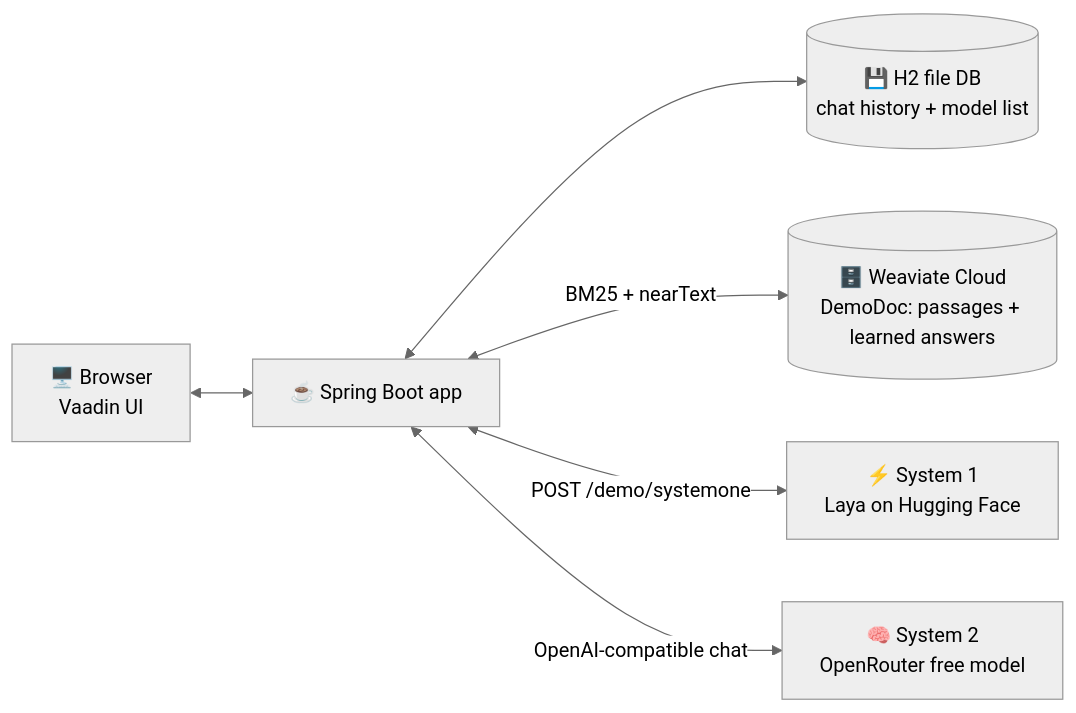
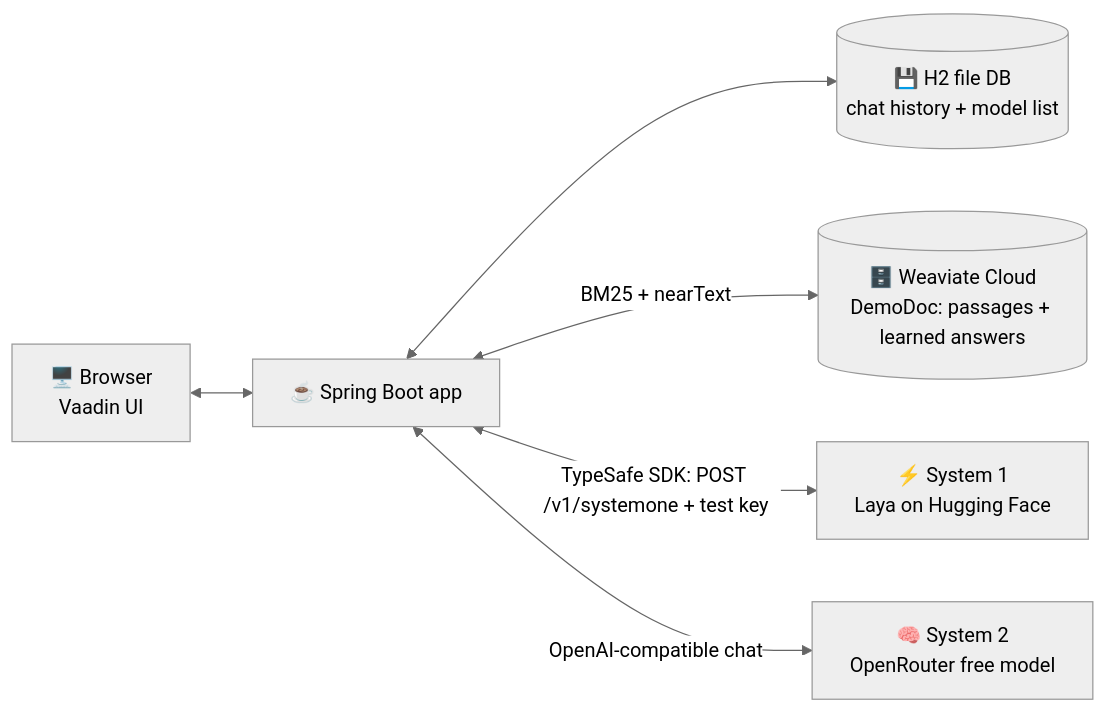
One commit to letrthang/spring-ai-with-hybrid-search-and-system-one-typesafe-jev changed the first of 2 diagrams in architecture.md. Above: the diagram before and after it, drawn with Mermaid (neutral theme). The commit also changed other lines of this file and 18 other files, not shown here.

````diff
--- a/architecture.md
+++ b/architecture.md
@@ -26,8 +26,8 @@
 ```mermaid
 flowchart LR
     B[🖥️ Browser<br/>Vaadin UI] <--> APP[☕ Spring Boot app]
     APP <--> H2[(💾 H2 file DB<br/>chat history + model list)]
     APP <-->|BM25 + nearText| W[(🗄️ Weaviate Cloud<br/>DemoDoc: passages + learned answers)]
-    APP <-->|POST /demo/systemone| S1[⚡ System 1<br/>Laya on Hugging Face]
+    APP <-->|TypeSafe SDK: POST /v1/systemone + test key| S1[⚡ System 1<br/>Laya on Hugging Face]
     APP <-->|OpenAI-compatible chat| S2[🧠 System 2<br/>OpenRouter free model]
 ```
````
